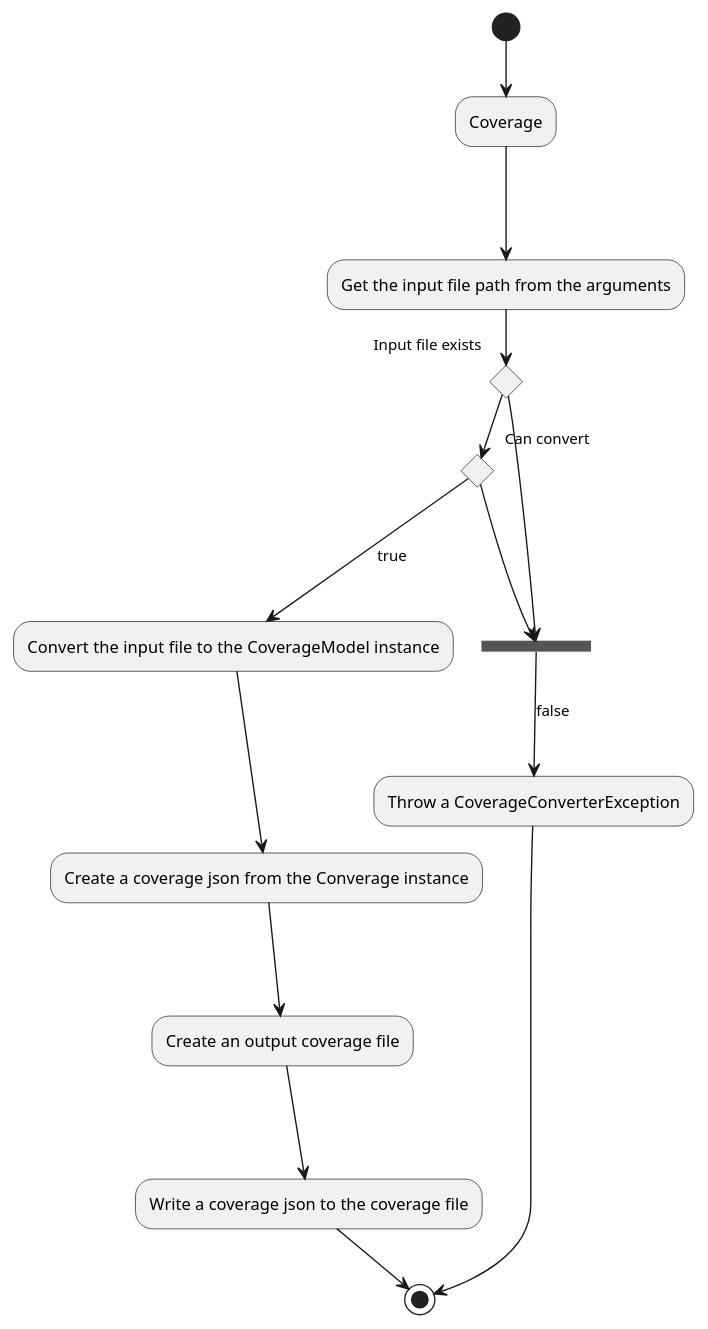
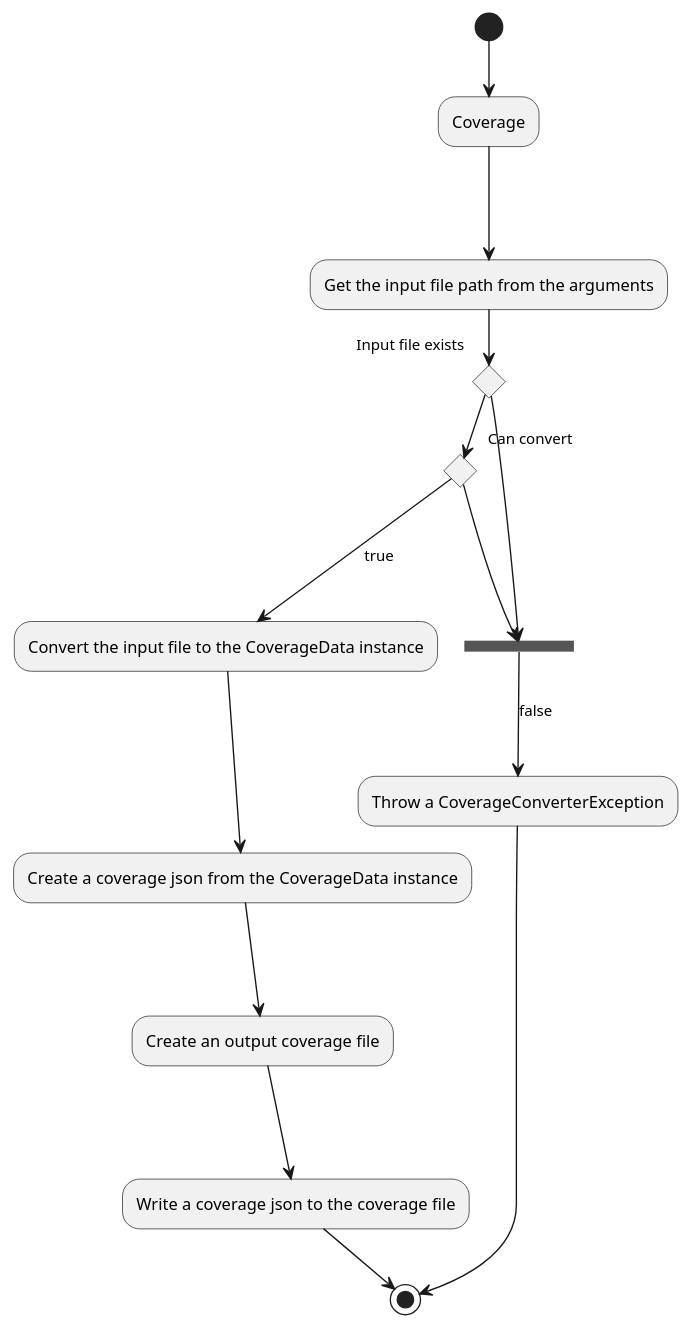
The diagram in metrics/coverage_converter/docs/diagrams/coverage_conversion_activity.puml (Flank/flank-dashboard), drawn with PlantUML before and after one commit. The commit also changed 5 other files, not shown here.

Commit message:
Rename CoverageModel to CoverageData and fix typo

```diff
--- a/metrics/coverage_converter/docs/diagrams/coverage_conversion_activity.puml
+++ b/metrics/coverage_converter/docs/diagrams/coverage_conversion_activity.puml
@@ -1,23 +1,23 @@
 @startuml coverage_conversion_activity 
 
 (*) --> Coverage
 ---> "Get the input file path from the arguments"
 if "Input file exists" then
 if "Can convert" then
----> [true] "Convert the input file  to the CoverageModel instance"
----> "Create a coverage json from the Converage instance"
+---> [true] "Convert the input file to the CoverageData instance"
+---> "Create a coverage json from the CoverageData instance"
 ---> "Create an output coverage file"
 ---> "Write a coverage json to the coverage file"
 --> (*)
 
 else 
 ---> ===EXCEPTION===
 --> [false] "Throw a CoverageConverterException"
 --> (*)
 endif
 
 else 
 ---> ===EXCEPTION===
 endif
 
 @enduml
```
